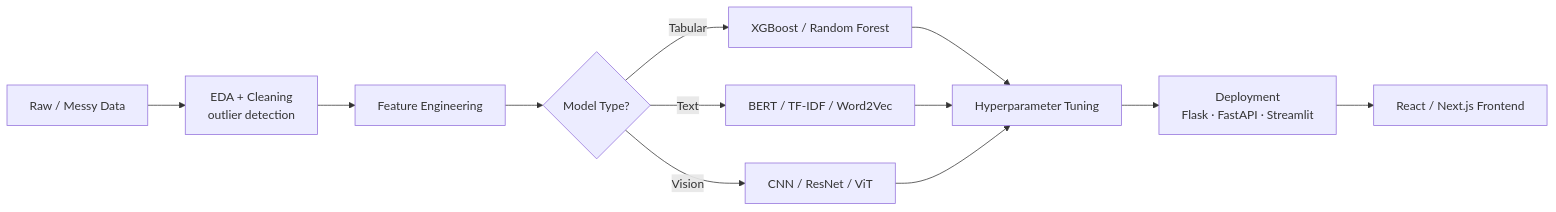
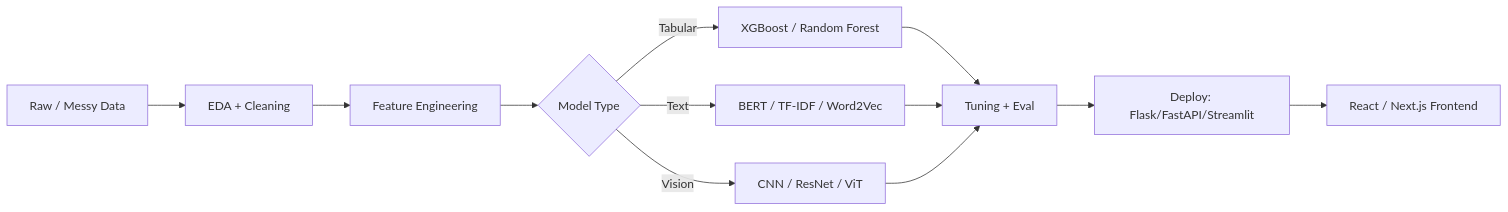
One commit to daniell-waqar/daniell-waqar changed the diagram in README.md. Above: the diagram before and after it, drawn with Mermaid. The commit also changed other lines of this file, not shown here.

````diff
--- a/README.md
+++ b/README.md
@@ -36,14 +63,14 @@
 ```mermaid
 flowchart LR
-    A[Raw / Messy Data] --> B[EDA + Cleaning<br/>outlier detection]
+    A[Raw / Messy Data] --> B[EDA + Cleaning]
     B --> C[Feature Engineering]
-    C --> D{Model Type?}
+    C --> D{Model Type}
     D -->|Tabular| E[XGBoost / Random Forest]
     D -->|Text| F[BERT / TF-IDF / Word2Vec]
     D -->|Vision| G[CNN / ResNet / ViT]
-    E --> H[Hyperparameter Tuning]
+    E --> H[Tuning + Eval]
     F --> H
     G --> H
-    H --> I[Deployment<br/>Flask · FastAPI · Streamlit]
+    H --> I[Deploy: Flask/FastAPI/Streamlit]
     I --> J[React / Next.js Frontend]
 ```
````
